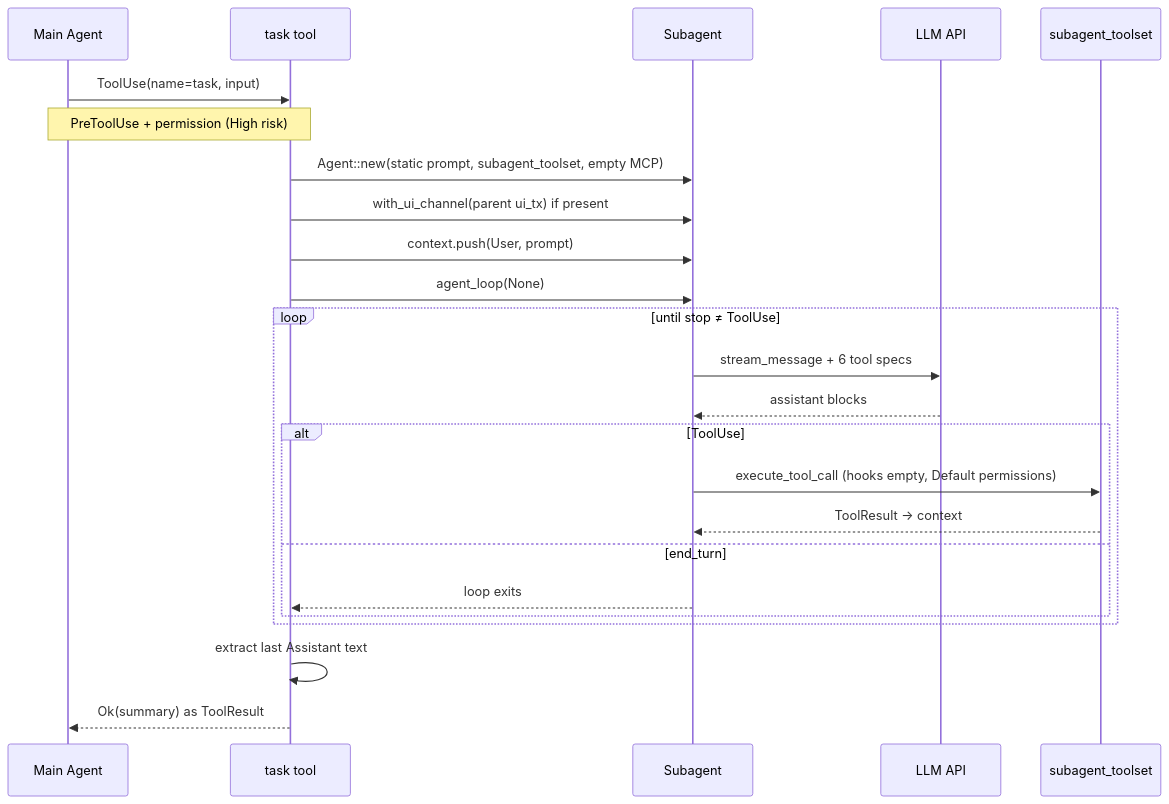
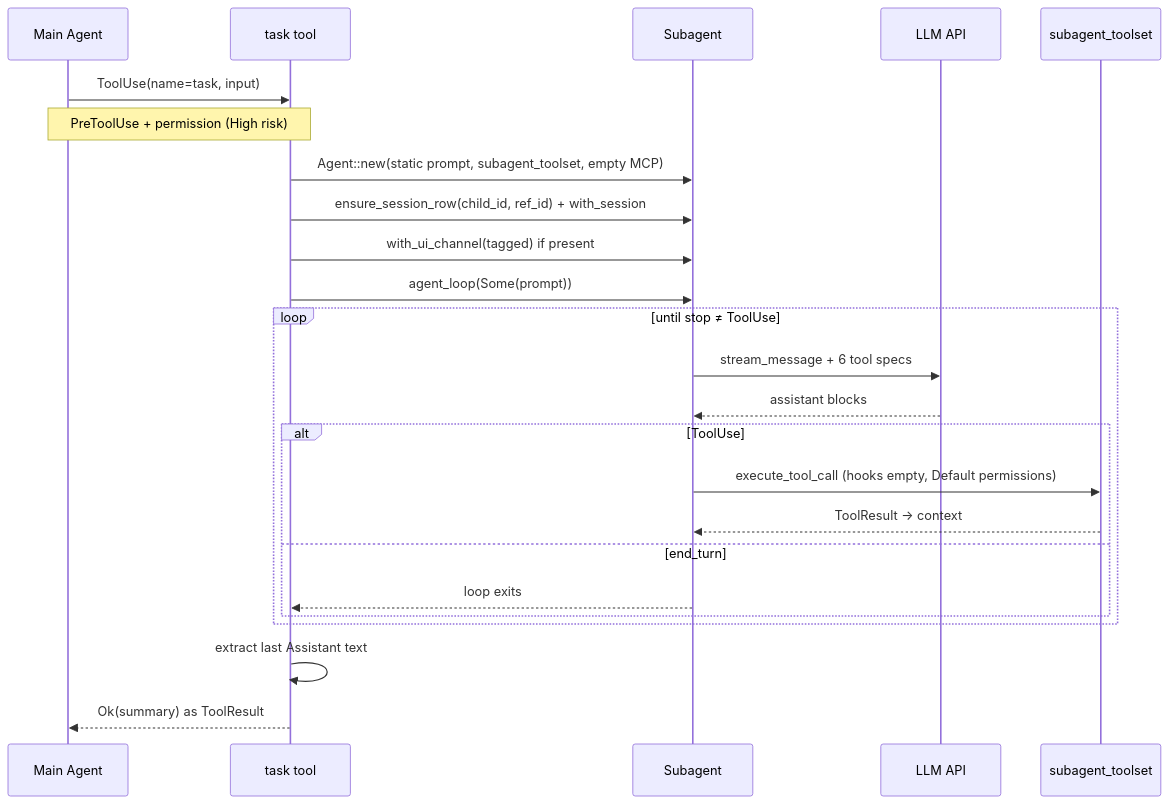
The first of 4 diagrams in book/12_chapter_subagent_zh.md (rust-infra/tact), drawn with Mermaid before and after one commit. The commit also changed other lines of this file and 160 other files, not shown here.

````diff
--- a/book/12_chapter_subagent_zh.md
+++ b/book/12_chapter_subagent_zh.md
@@ -60,29 +60,29 @@
 ```mermaid
 sequenceDiagram
     participant Parent as Main Agent
     participant Task as task tool
     participant Sub as Subagent
     participant LLM as LLM API
     participant Tools as subagent_toolset
 
     Parent->>Task: ToolUse(name=task, input)
     Note over Parent,Task: PreToolUse + permission (High risk)
     Task->>Sub: Agent::new(static prompt, subagent_toolset, empty MCP)
-    Task->>Sub: with_ui_channel(parent ui_tx) if present
-    Task->>Sub: context.push(User, prompt)
-    Task->>Sub: agent_loop(None)
+    Task->>Sub: ensure_session_row(child_id, ref_id) + with_session
+    Task->>Sub: with_ui_channel(tagged) if present
+    Task->>Sub: agent_loop(Some(prompt))
 
     loop until stop ≠ ToolUse
         Sub->>LLM: stream_message + 6 tool specs
         LLM-->>Sub: assistant blocks
         alt ToolUse
             Sub->>Tools: execute_tool_call (hooks empty, Default permissions)
             Tools-->>Sub: ToolResult → context
         else end_turn
             Sub-->>Task: loop exits
         end
     end
 
     Task->>Task: extract last Assistant text
     Task-->>Parent: Ok(summary) as ToolResult
 ```
````
